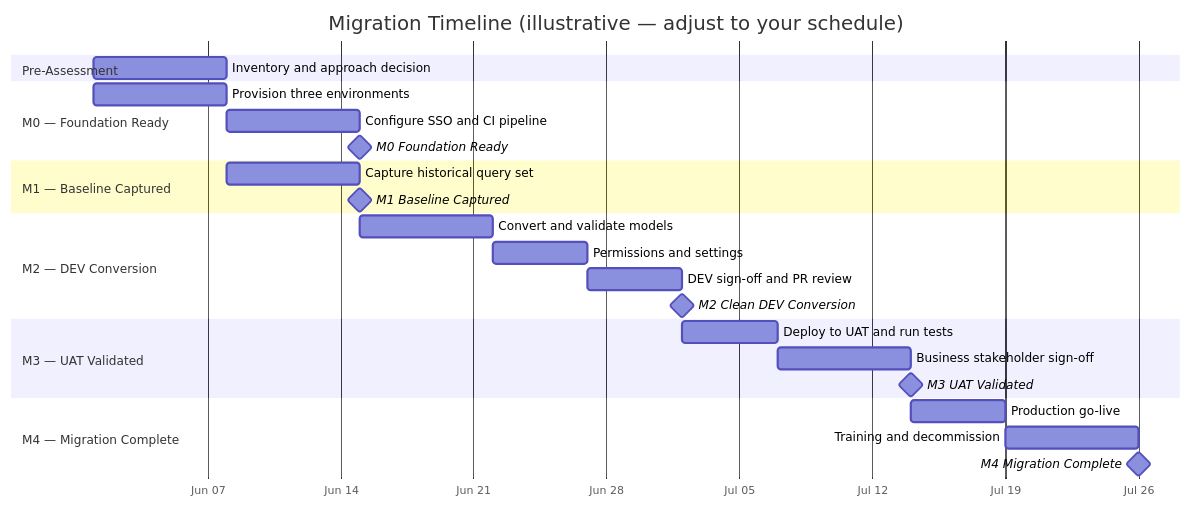
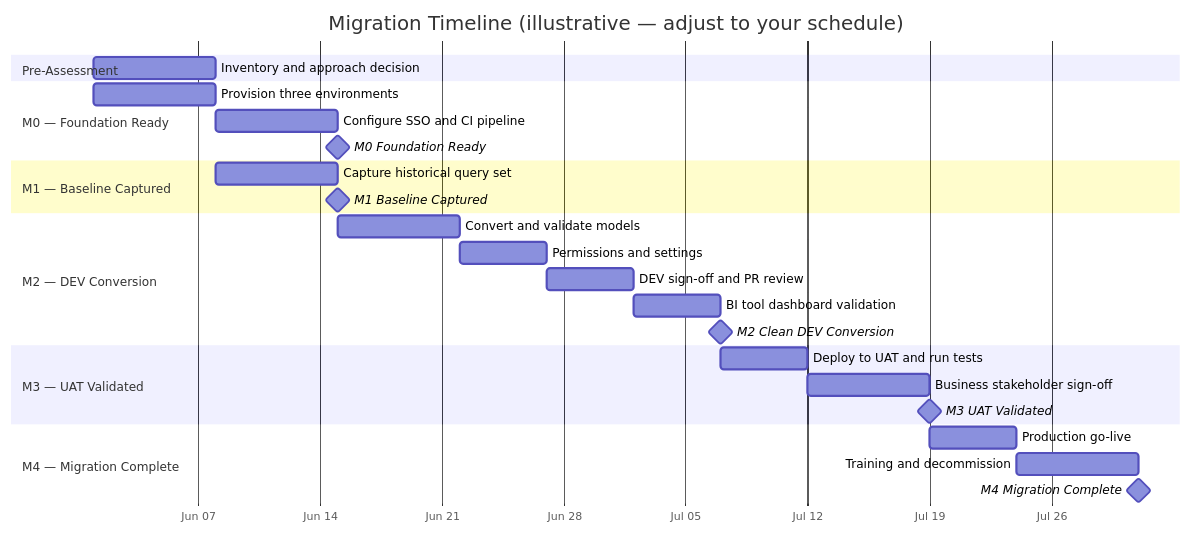
The first of 2 diagrams in docs/MIGRATE_PLAN.md (AtScaleInc/ps-utils), drawn with Mermaid before and after one commit. The commit also changed other lines of this file and 4 other files, not shown here.

````diff
--- a/docs/MIGRATE_PLAN.md
+++ b/docs/MIGRATE_PLAN.md
@@ -76,34 +76,35 @@
 ```mermaid
 gantt
     title Migration Timeline (illustrative — adjust to your schedule)
     dateFormat  YYYY-MM-DD
     axisFormat  %b %d
 
     section Pre-Assessment
         Inventory and approach decision  :assess, 2026-06-01, 7d
 
     section M0 — Foundation Ready
         Provision three environments     :prov, 2026-06-01, 7d
         Configure SSO and CI pipeline    :ciid, after prov, 7d
         M0 Foundation Ready              :milestone, m0, after ciid, 0d
 
     section M1 — Baseline Captured
         Capture historical query set     :extract, 2026-06-08, 7d
         M1 Baseline Captured             :milestone, m1, after extract, 0d
 
     section M2 — DEV Conversion
         Convert and validate models      :convert, 2026-06-15, 7d
         Permissions and settings         :perms, after convert, 5d
         DEV sign-off and PR review       :devpr, after perms, 5d
-        M2 Clean DEV Conversion          :milestone, m2, after devpr, 0d
+        BI tool dashboard validation     :bivalidate, after devpr, 5d
+        M2 Clean DEV Conversion          :milestone, m2, after bivalidate, 0d
 
     section M3 — UAT Validated
         Deploy to UAT and run tests      :uatdep, after m2, 5d
         Business stakeholder sign-off    :signoff, after uatdep, 7d
         M3 UAT Validated                 :milestone, m3, after signoff, 0d
 
     section M4 — Migration Complete
         Production go-live               :proddep, after m3, 5d
         Training and decommission        :postmig, after proddep, 7d
         M4 Migration Complete            :milestone, m4, after postmig, 0d
 ```
````
